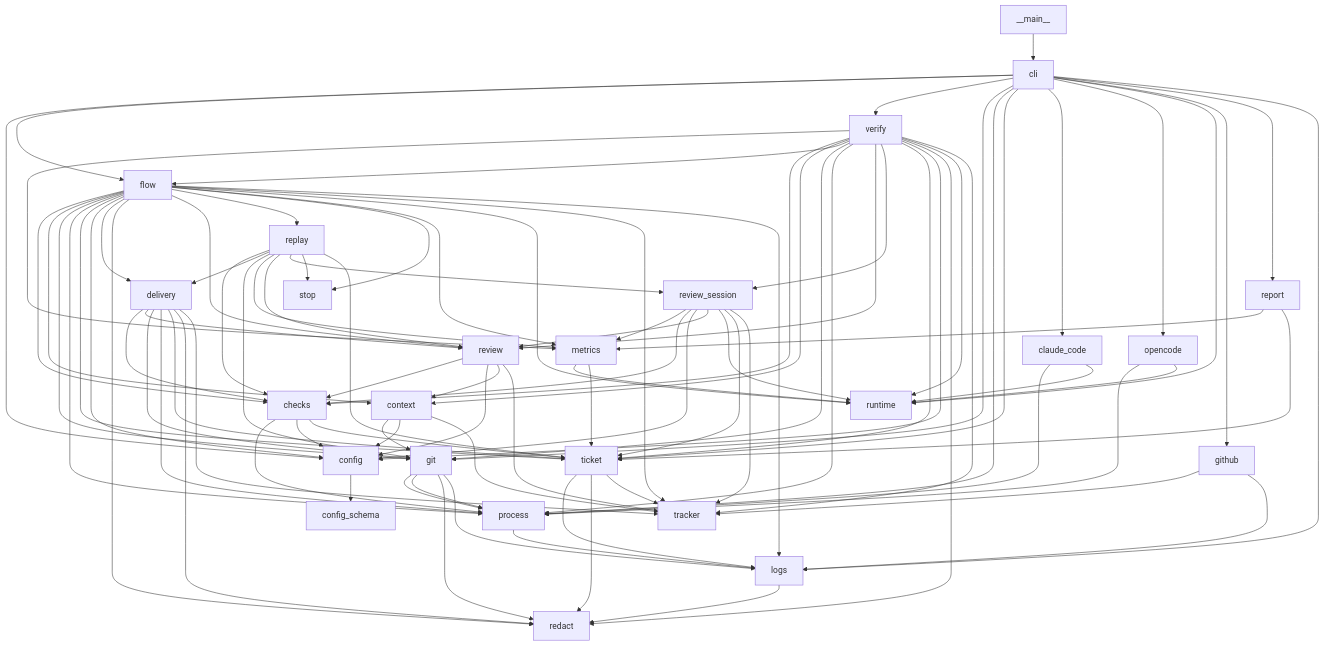
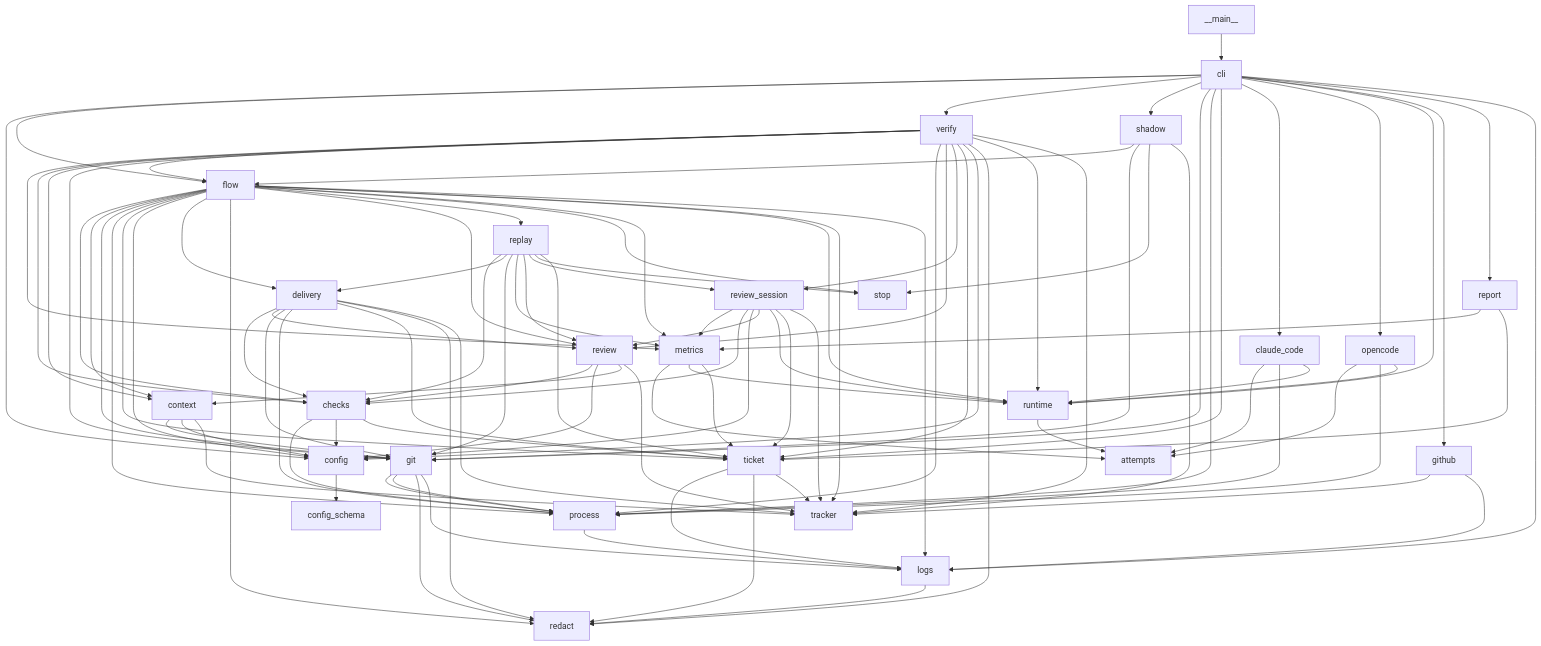
One commit to plaplanche/ariane changed the first of 3 diagrams in docs/architecture/3-components.md. Above: the diagram before and after it, drawn with Mermaid. The commit also changed 23 other files, not shown here.

Commit message:
#97: Shadow mode: ariane start --shadow in a separate clone, agent push and PR attempts counted (C19, C23, slice 4)

```diff
--- a/docs/architecture/3-components.md
+++ b/docs/architecture/3-components.md
@@ -11,14 +11,17 @@
   checks --> process
   checks --> config
   checks --> ticket
+  claude_code --> attempts
   claude_code --> process
   claude_code --> runtime
+  opencode --> attempts
   opencode --> process
   opencode --> runtime
   cli --> config
   config --> config_schema
   cli --> flow
   cli --> verify
+  cli --> shadow
   cli --> git
   cli --> process
   cli --> ticket
@@ -48,7 +51,13 @@
   flow --> replay
   flow --> stop
   flow --> metrics
+  metrics --> attempts
   metrics --> runtime
+  runtime --> attempts
+  shadow --> flow
+  shadow --> git
+  shadow --> stop
+  shadow --> tracker
   metrics --> ticket
   replay --> checks
   replay --> delivery
```
